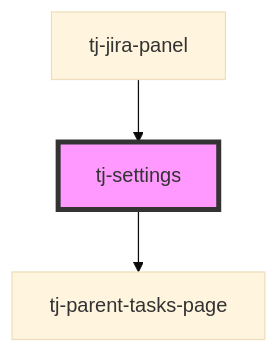
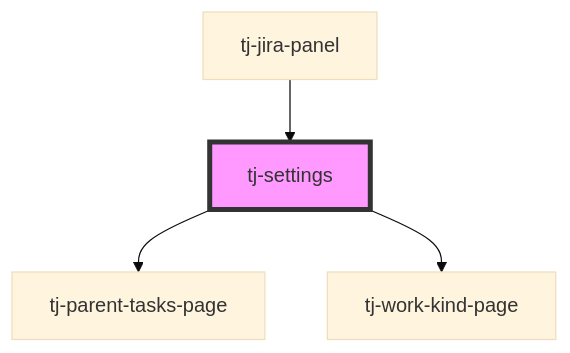
Before and after one commit to davids-ensemble/tj-jira-panel: the diagram in src/components/tj-settings/readme.md, drawn with Mermaid (base theme). The commit also changed other lines of this file and 24 other files, not shown here.

First line of the commit message:
feat: ✨ added a work kind picker (#26)

````diff
--- a/src/components/tj-settings/readme.md
+++ b/src/components/tj-settings/readme.md
@@ -30,6 +31,7 @@
 ```mermaid
 graph TD;
   tj-settings --> tj-parent-tasks-page
+  tj-settings --> tj-work-kind-page
   tj-jira-panel --> tj-settings
   style tj-settings fill:#f9f,stroke:#333,stroke-width:4px
 ```
````
